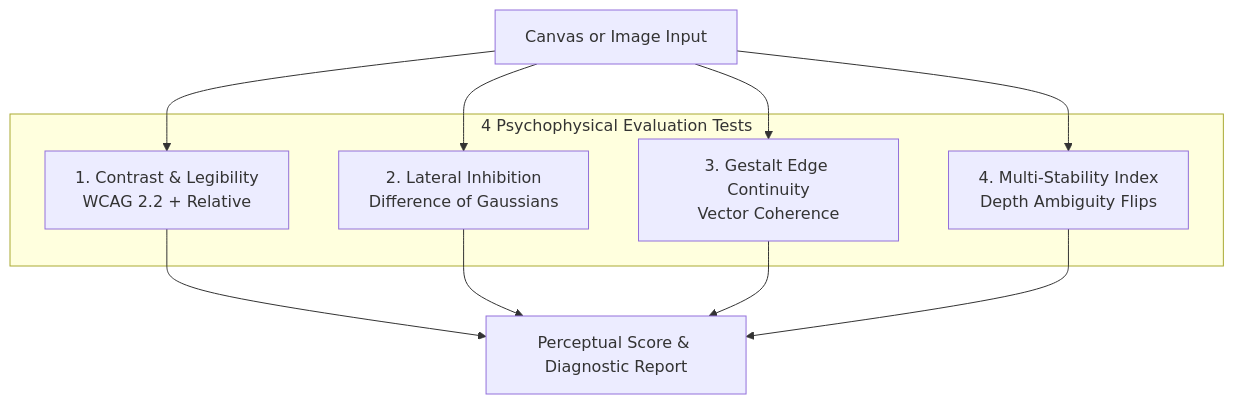
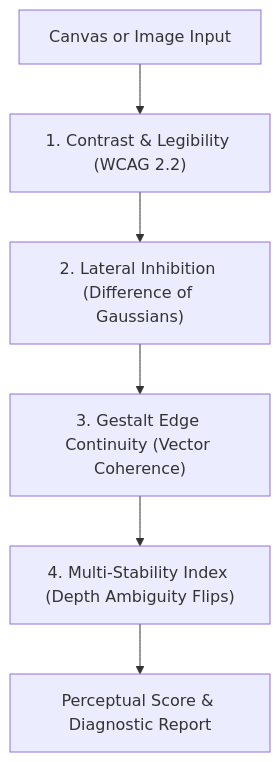
Before and after one commit to mynameisjpg/mynameisjpg: the diagram in _posts/2026-09-28-perceptual-vision-eval-toolkit.md, drawn with Mermaid. The commit also changed 2 other files, not shown here.

Commit message:
style: convert diagram into clean vertical evaluation pipeline

````diff
--- a/_posts/2026-09-28-perceptual-vision-eval-toolkit.md
+++ b/_posts/2026-09-28-perceptual-vision-eval-toolkit.md
@@ -71,13 +71,8 @@
 ```mermaid
 flowchart TD
-    A["Canvas or Image Input"] --> T1 & T2 & T3 & T4
-
-    subgraph TESTS ["4 Psychophysical Evaluation Tests"]
-        T1["1. Contrast & Legibility<br/>WCAG 2.2 + Relative"]
-        T2["2. Lateral Inhibition<br/>Difference of Gaussians"]
-        T3["3. Gestalt Edge Continuity<br/>Vector Coherence"]
-        T4["4. Multi-Stability Index<br/>Depth Ambiguity Flips"]
-    end
-
-    T1 & T2 & T3 & T4 --> C["Perceptual Score & Diagnostic Report"]
+    A["Canvas or Image Input"] --> T1["1. Contrast & Legibility (WCAG 2.2)"]
+    T1 --> T2["2. Lateral Inhibition (Difference of Gaussians)"]
+    T2 --> T3["3. Gestalt Edge Continuity (Vector Coherence)"]
+    T3 --> T4["4. Multi-Stability Index (Depth Ambiguity Flips)"]
+    T4 --> C["Perceptual Score & Diagnostic Report"]
 ```
````
